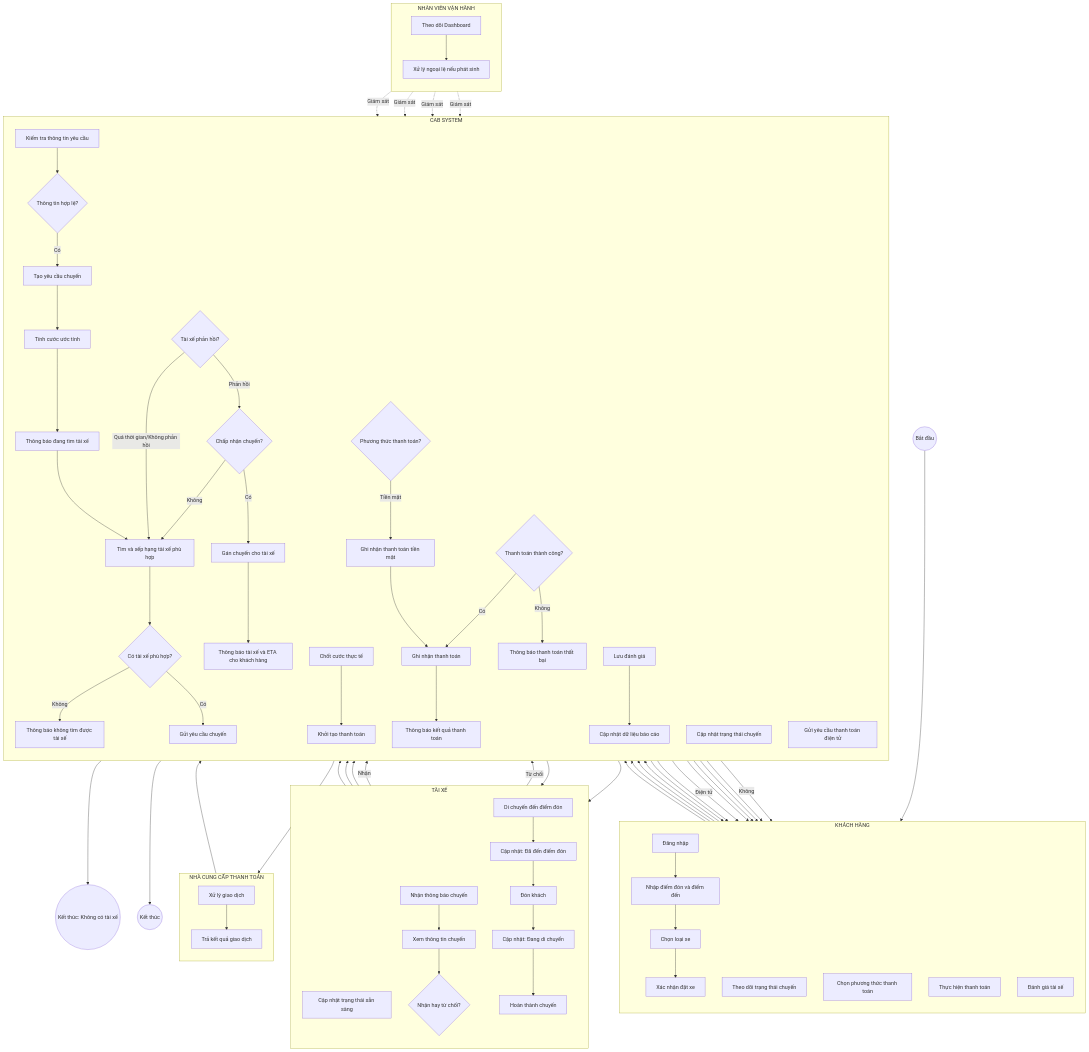
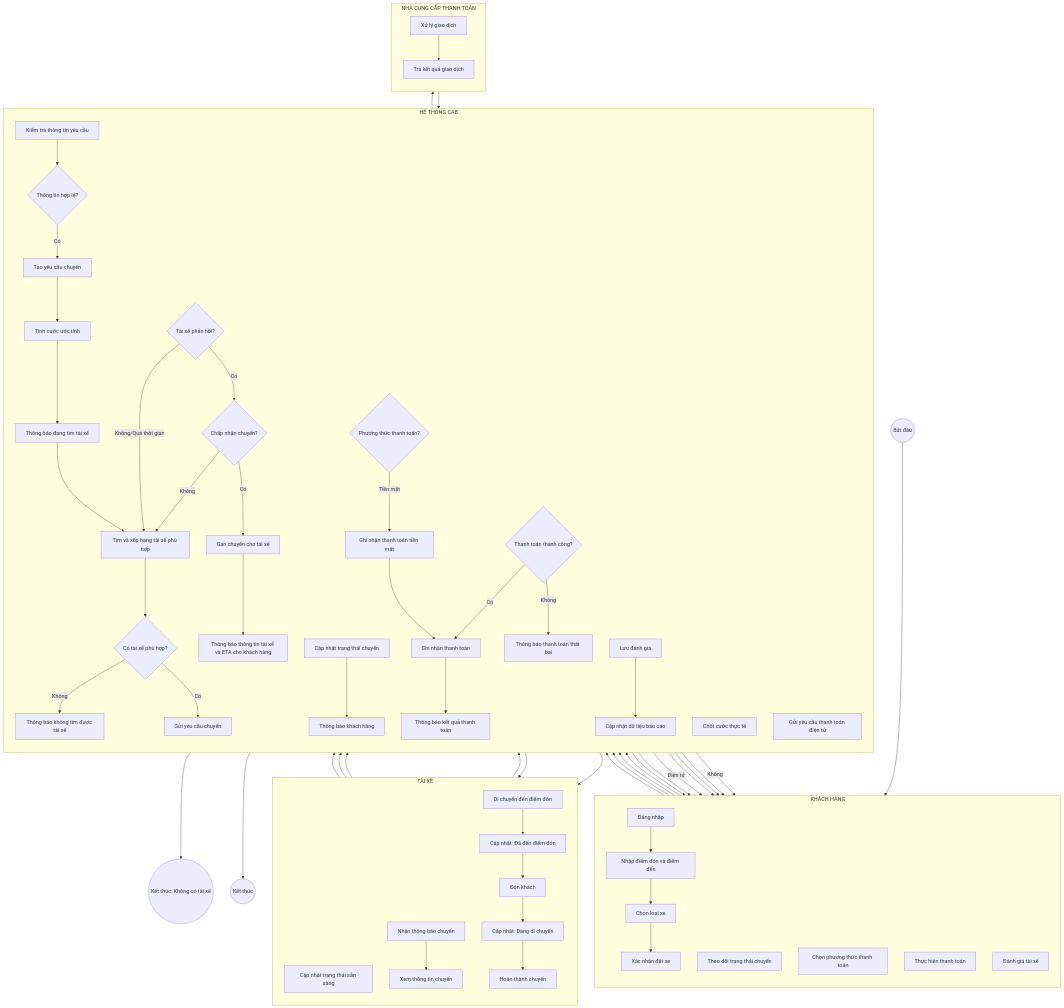
One commit to npmaitrinh09-wq/23651511_NguyenPhamMaiTrinh_cabsystem changed the third of 3 diagrams in README.md. Above: the diagram before and after it, drawn with Mermaid. The commit also changed other lines of this file, not shown here.

````diff
--- a/README.md
+++ b/README.md
@@ -749,7 +764,7 @@
         K8[Đánh giá tài xế]
     end
 
-    subgraph CAB["CAB SYSTEM"]
+    subgraph CAB["HỆ THỐNG CAB"]
         direction TB
         S1[Kiểm tra thông tin yêu cầu]
         G1{Thông tin hợp lệ?}
@@ -764,11 +779,11 @@
         G4{Chấp nhận chuyến?}
 
         S7[Gán chuyến cho tài xế]
-        S8[Thông báo tài xế và ETA cho khách hàng]
+        S8[Thông báo thông tin tài xế và ETA cho khách hàng]
         S9[Cập nhật trạng thái chuyến]
+        S10[Thông báo khách hàng]
 
-        S10[Chốt cước thực tế]
-        S11[Khởi tạo thanh toán]
+        S11[Chốt cước thực tế]
         G5{Phương thức thanh toán?}
         S12[Ghi nhận thanh toán tiền mặt]
         S13[Gửi yêu cầu thanh toán điện tử]
@@ -787,7 +802,6 @@
         D1[Cập nhật trạng thái sẵn sàng]
         D2[Nhận thông báo chuyến]
         D3[Xem thông tin chuyến]
-        D4{Nhận hay từ chối?}
         D5[Di chuyển đến điểm đón]
         D6[Cập nhật: Đã đến điểm đón]
         D7[Đón khách]
@@ -799,12 +813,6 @@
         direction TB
         P1[Xử lý giao dịch]
         P2[Trả kết quả giao dịch]
-    end
-
-    subgraph OPS["NHÂN VIÊN VẬN HÀNH"]
-        direction TB
-        O1[Theo dõi Dashboard]
-        O2[Xử lý ngoại lệ nếu phát sinh]
     end
 
     Start --> K1
@@ -827,13 +835,10 @@
     G2 -- Có --> S6
     S6 --> D2
     D2 --> D3
-    D3 --> D4
+    D3 --> G3
 
-    D4 -- Từ chối --> S5
-    D4 -- Nhận --> G3
-
-    G3 -- Quá thời gian/Không phản hồi --> S5
-    G3 -- Phản hồi --> G4
+    G3 -- Không/Quá thời gian --> S5
+    G3 -- Có --> G4
 
     G4 -- Không --> S5
     G4 -- Có --> S7
@@ -844,16 +849,15 @@
 
     D5 --> D6
     D6 --> S9
-    S9 --> K5
+    S9 --> S10
+    S10 --> K5
 
     D6 --> D7
     D7 --> D8
     D8 --> S9
-    S9 --> K5
 
     D8 --> D9
-    D9 --> S10
-    S10 --> S11
+    D9 --> S11
     S11 --> K6
 
     K6 --> G5
@@ -877,10 +881,4 @@
     K8 --> S16
     S16 --> S17
     S17 --> End2((Kết thúc))
-
-    O1 -. Giám sát .-> S2
-    O1 -. Giám sát .-> S5
-    O1 -. Giám sát .-> S9
-    O1 -. Giám sát .-> S14
-    O1 --> O2
 ```
````
